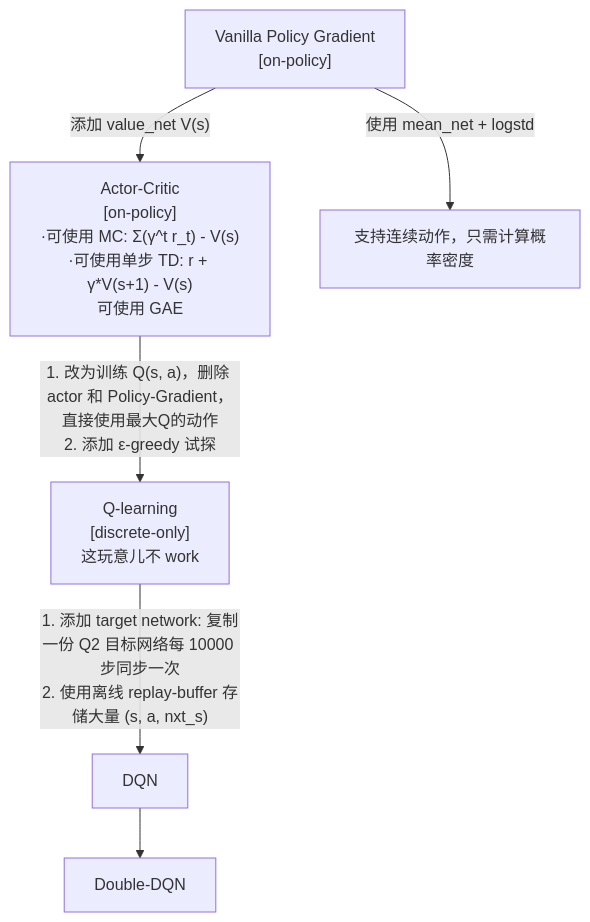
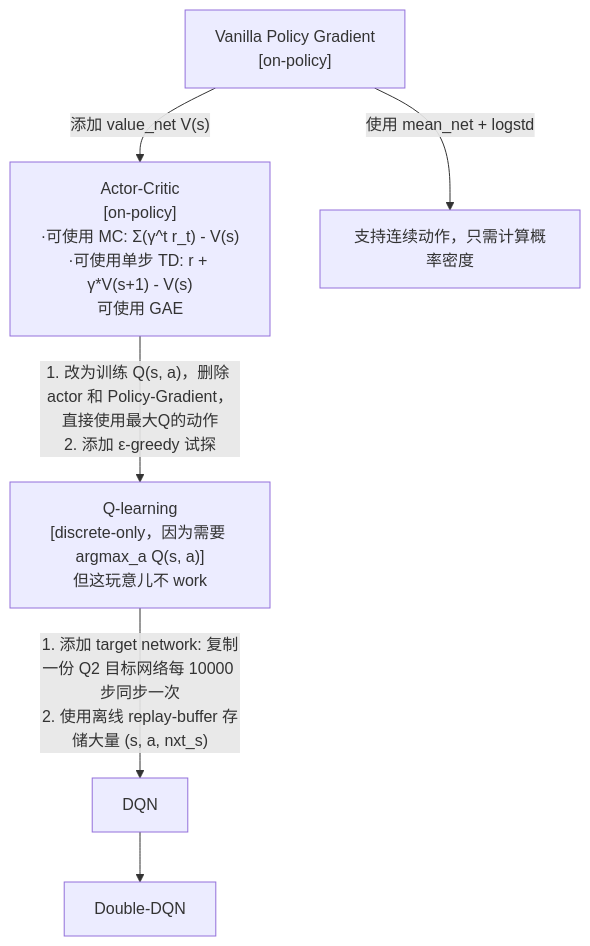
The diagram in 技术学习/285/285-0.md (julyfun/how-to), drawn with Mermaid before and after one commit.

Commit message:
M 技术学习/285/285-0.md

````diff
--- a/技术学习/285/285-0.md
+++ b/技术学习/285/285-0.md
@@ -11,9 +11,9 @@
 ```mermaid
 flowchart TD
     PG["Vanilla Policy Gradient<br>[on-policy]"] -->|"添加 value_net V(s)"| AC
     AC["Actor-Critic<br>[on-policy]<br>·可使用 MC: Σ(γ^t r_t) - V(s)<br>·可使用单步 TD: r + γ*V(s+1) - V(s)<br>可使用 GAE"]
     PG -->|使用 mean_net + logstd| cont[支持连续动作，只需计算概率密度]
-    AC -->|"1. 改为训练 Q(s, a)，删除 actor 和 Policy-Gradient，直接使用最大Q的动作<br>2. 添加 ε-greedy 试探"| Q-learning["Q-learning<br>[discrete-only]<br>这玩意儿不 work"]
+    AC -->|"1. 改为训练 Q(s, a)，删除 actor 和 Policy-Gradient，直接使用最大Q的动作<br>2. 添加 ε-greedy 试探"| Q-learning["Q-learning<br>[discrete-only，因为需要 argmax_a Q(s, a)]<br>但这玩意儿不 work"]
     Q-learning -->|"1. 添加 target network: 复制一份 Q2 目标网络每 10000 步同步一次<br>2. 使用离线 replay-buffer 存储大量 (s, a, nxt_s)"| DQN
     DQN --> Double-DQN
 ```
````
